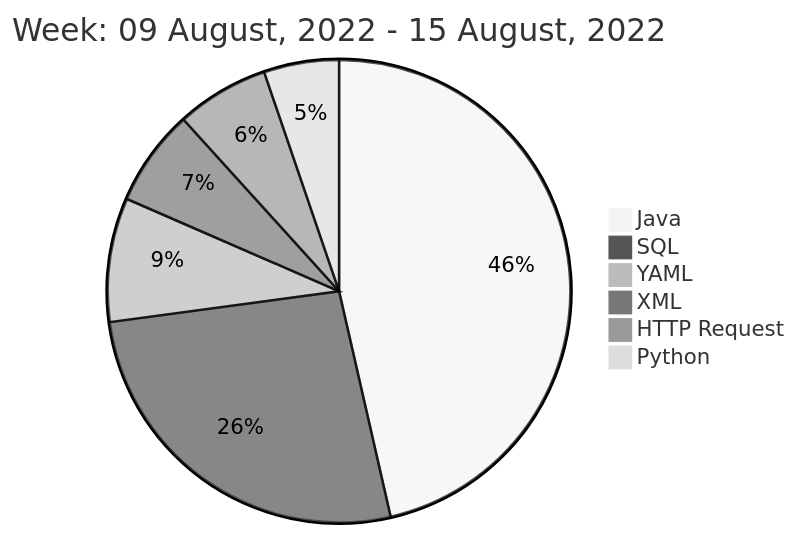
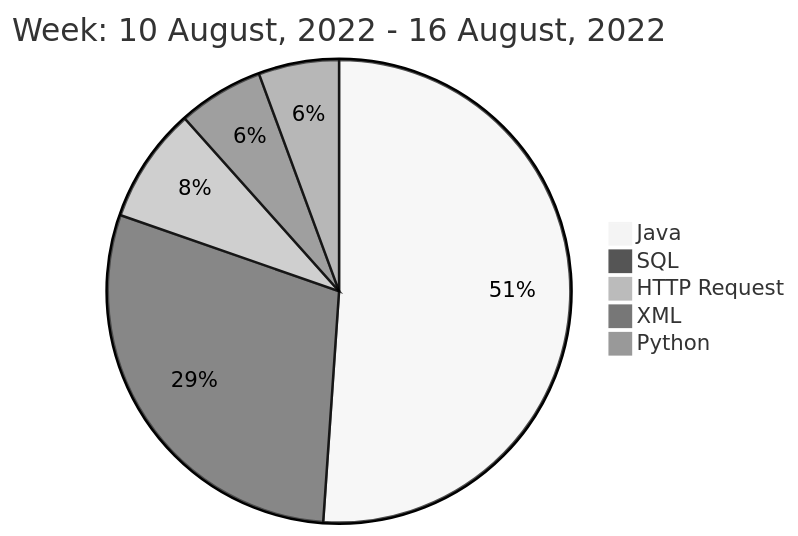
Before and after one commit to liubin95/liubin95: the diagram in README.md, drawn with Mermaid (neutral theme).

Commit message:
Updated the Graph with new Metrics

````diff
--- a/README.md
+++ b/README.md
@@ -40,10 +40,9 @@
 ```mermaid
  pie
-title Week: 09 August, 2022 - 15 August, 2022
- "Java" : 10.18
- "SQL" : 5.8
- "YAML" : 1.9
- "XML" : 1.48
- "HTTP Request" : 1.42
- "Python" : 1.15
+title Week: 10 August, 2022 - 16 August, 2022
+ "Java" : 9.82
+ "SQL" : 5.62
+ "HTTP Request" : 1.55
+ "XML" : 1.15
+ "Python" : 1.08
 ```
````
